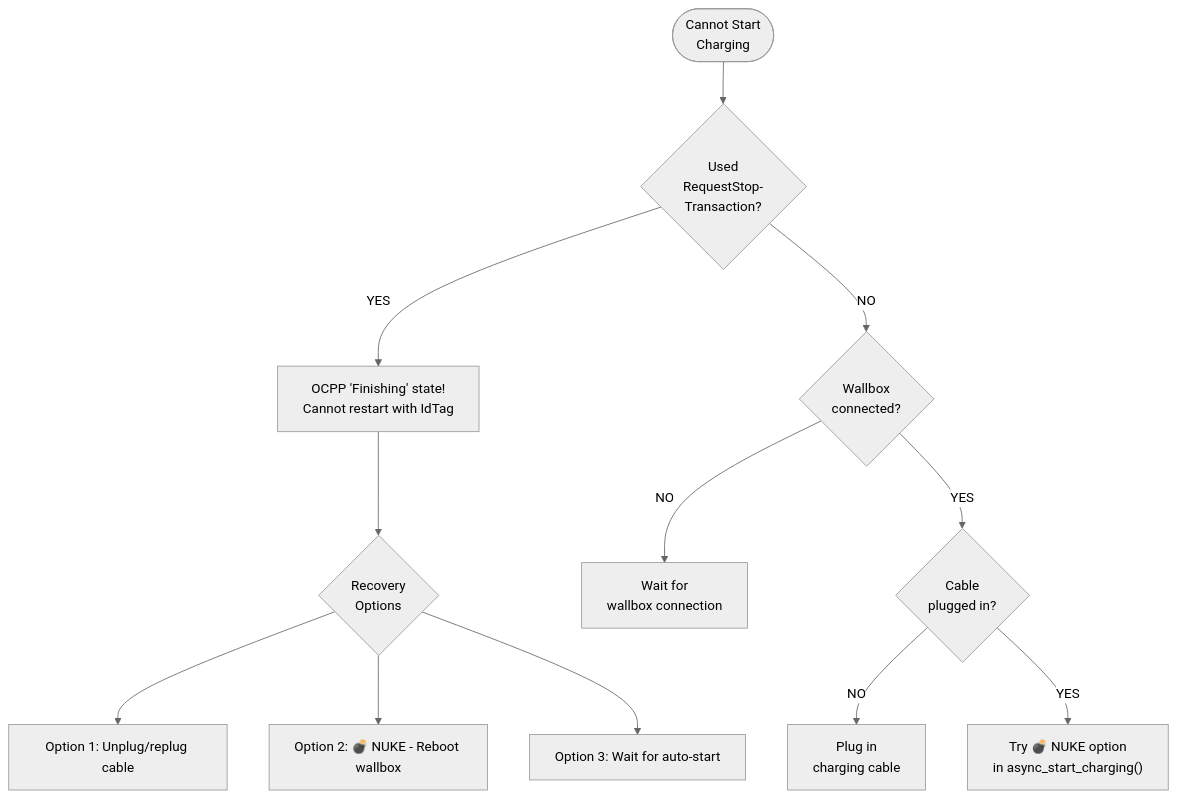
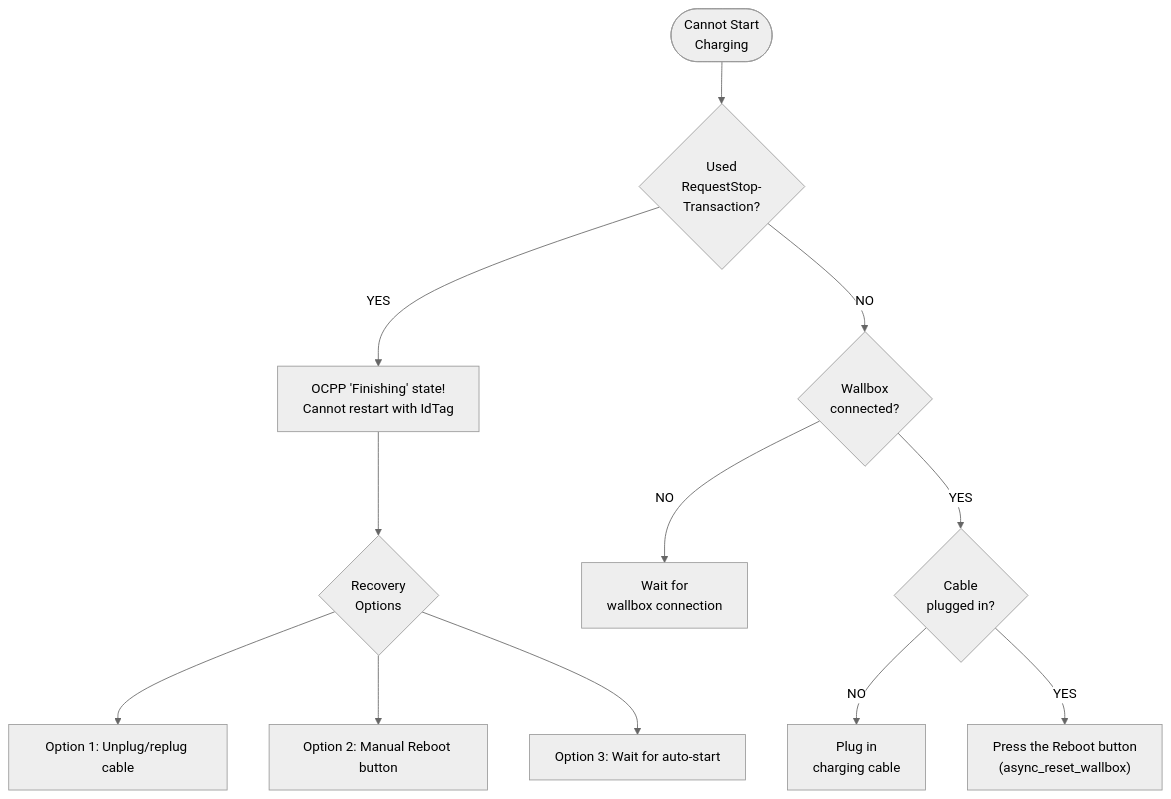
One commit to JoaoPedroBelo/bmw-wallbox-ha changed the fourth of 5 diagrams in custom_components/bmw_wallbox/docs/TROUBLESHOOTING.md. Above: the diagram before and after it, drawn with Mermaid (neutral theme). The commit also changed other lines of this file and 9 other files, not shown here.

````diff
--- a/custom_components/bmw_wallbox/docs/TROUBLESHOOTING.md
+++ b/custom_components/bmw_wallbox/docs/TROUBLESHOOTING.md
@@ -288,17 +288,17 @@
 ```mermaid
 flowchart TD
     Stuck([Cannot Start<br/>Charging])
     
     Stuck --> WasStop{Used<br/>RequestStop-<br/>Transaction?}
     WasStop -->|YES| OCPP["OCPP 'Finishing' state!<br/>Cannot restart with IdTag"]
     OCPP --> Recovery{Recovery<br/>Options}
     Recovery --> Opt1["Option 1: Unplug/replug cable"]
-    Recovery --> Opt2["Option 2: 💣 NUKE - Reboot wallbox"]
+    Recovery --> Opt2["Option 2: Manual Reboot button"]
     Recovery --> Opt3["Option 3: Wait for auto-start"]
     
     WasStop -->|NO| CheckConn{Wallbox<br/>connected?}
     CheckConn -->|NO| WaitConn["Wait for<br/>wallbox connection"]
     CheckConn -->|YES| CheckCable{Cable<br/>plugged in?}
     CheckCable -->|NO| PlugCable["Plug in<br/>charging cable"]
-    CheckCable -->|YES| TryNuke["Try 💣 NUKE option<br/>in async_start_charging()"]
+    CheckCable -->|YES| ManualReboot["Press the Reboot button<br/>(async_reset_wallbox)"]
 ```
````
